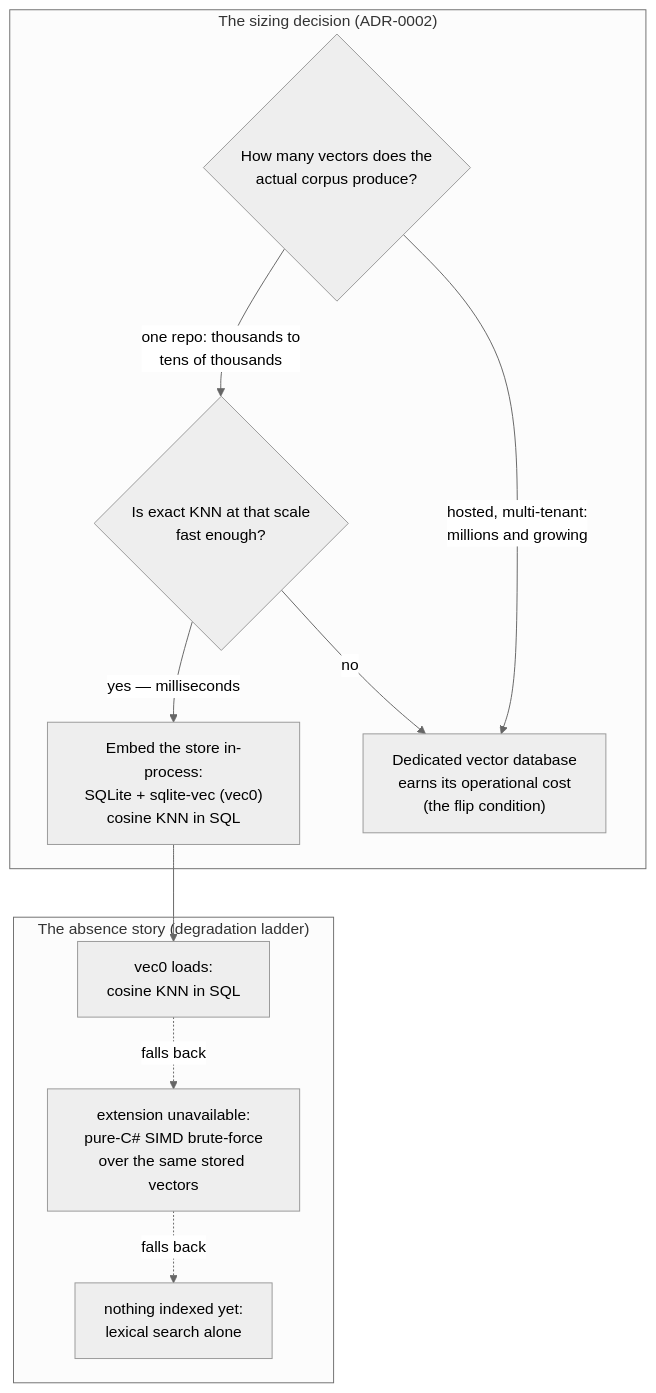
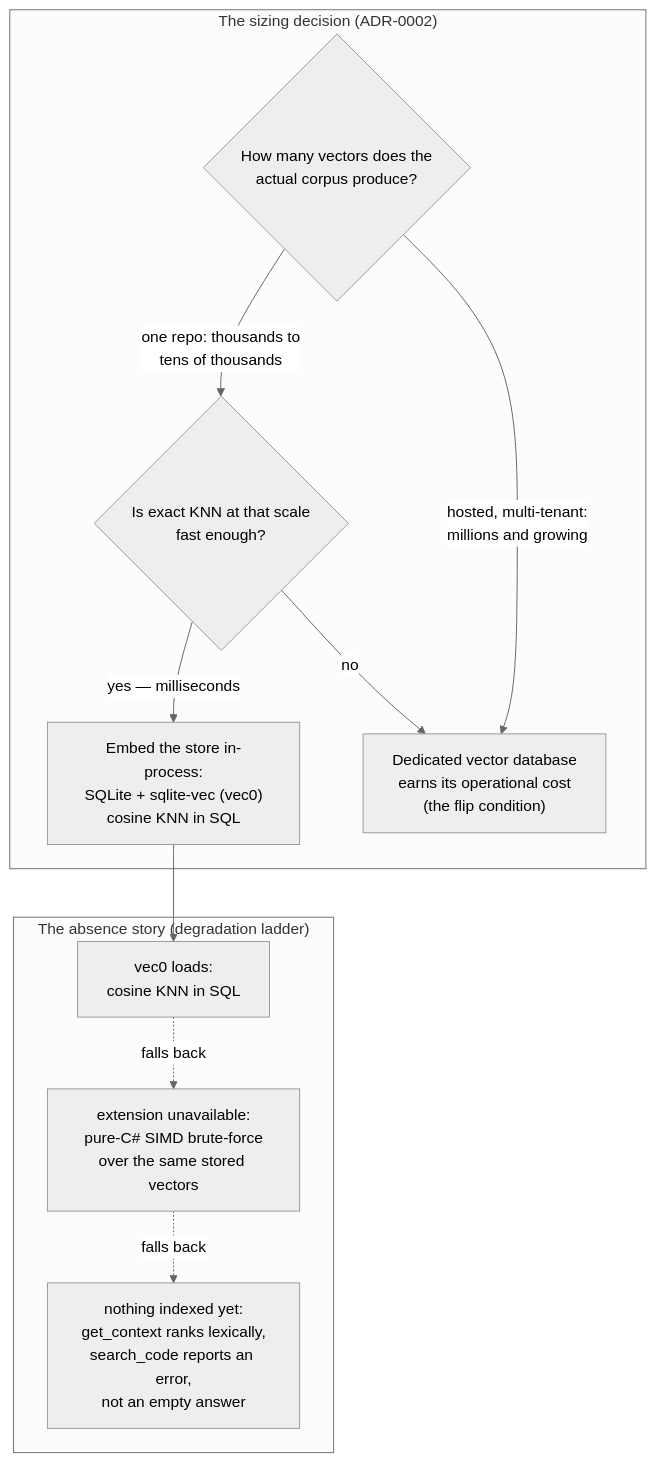
The diagram in docs/part5-capstone/case-sqlite-vec-vs-vector-db.md (nitinpawar28/AI-learn), drawn with Mermaid (neutral theme) before and after one commit. The commit also changed other lines of this file and 8 other files, not shown here.

````diff
--- a/docs/part5-capstone/case-sqlite-vec-vs-vector-db.md
+++ b/docs/part5-capstone/case-sqlite-vec-vs-vector-db.md
@@ -61,21 +61,21 @@
 ```mermaid
 flowchart TB
     subgraph decision["The sizing decision (ADR-0002)"]
         Q1{"How many vectors does the<br/>actual corpus produce?"}
         Q2{"Is exact KNN at that scale<br/>fast enough?"}
         SV["Embed the store in-process:<br/>SQLite + sqlite-vec (vec0)<br/>cosine KNN in SQL"]
         VDB["Dedicated vector database<br/>earns its operational cost<br/>(the flip condition)"]
         Q1 -->|"one repo: thousands to<br/>tens of thousands"| Q2
         Q1 -->|"hosted, multi-tenant:<br/>millions and growing"| VDB
         Q2 -->|"yes — milliseconds"| SV
         Q2 -->|"no"| VDB
     end
     subgraph ladder["The absence story (degradation ladder)"]
         R1["vec0 loads:<br/>cosine KNN in SQL"]
         R2["extension unavailable:<br/>pure-C# SIMD brute-force<br/>over the same stored vectors"]
-        R3["nothing indexed yet:<br/>lexical search alone"]
+        R3["nothing indexed yet:<br/>get_context ranks lexically,<br/>search_code reports an error,<br/>not an empty answer"]
         R1 -.->|"falls back"| R2
         R2 -.->|"falls back"| R3
     end
     SV --> R1
 ```
````
